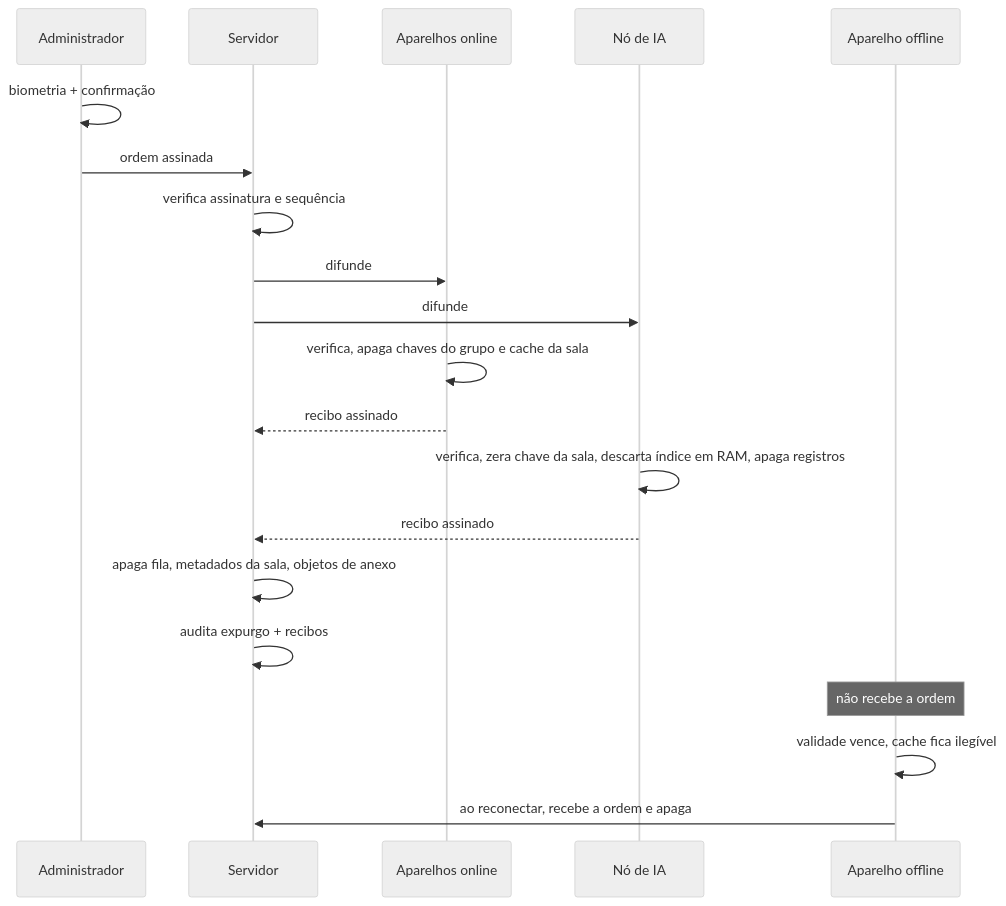
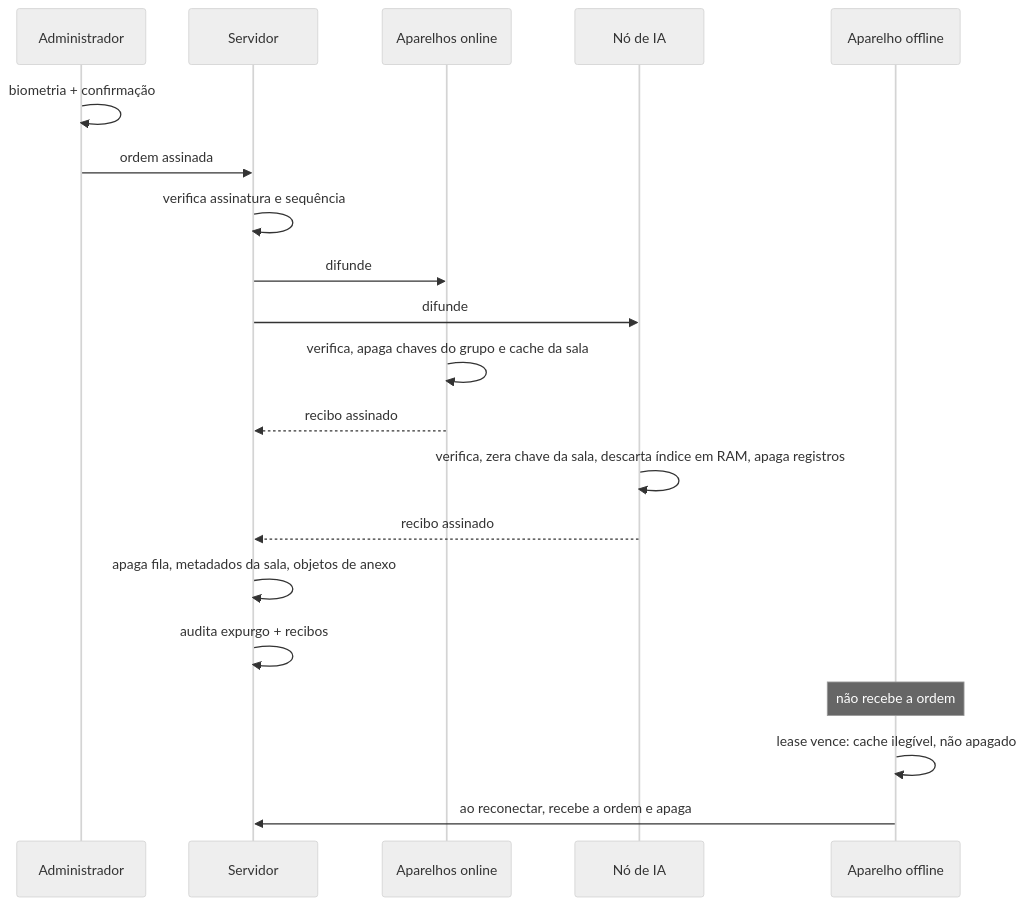
Before and after one commit to igorrafae/MIGDOL: the fourth of 4 diagrams in docs/02-arquitetura-engenharia.md, drawn with Mermaid (neutral theme). The commit also changed other lines of this file and 34 other files, not shown here.

````diff
--- a/docs/02-arquitetura-engenharia.md
+++ b/docs/02-arquitetura-engenharia.md
@@ -238,23 +286,23 @@
 ```mermaid
 sequenceDiagram
   participant ADM as Administrador
   participant S as Servidor
   participant C as Aparelhos online
   participant IA as Nó de IA
   participant O as Aparelho offline
 
   ADM->>ADM: biometria + confirmação
   ADM->>S: ordem assinada
   S->>S: verifica assinatura e sequência
   S->>C: difunde
   S->>IA: difunde
   C->>C: verifica, apaga chaves do grupo e cache da sala
   C-->>S: recibo assinado
   IA->>IA: verifica, zera chave da sala, descarta índice em RAM, apaga registros
   IA-->>S: recibo assinado
   S->>S: apaga fila, metadados da sala, objetos de anexo
   S->>S: audita expurgo + recibos
   Note over O: não recebe a ordem
-  O->>O: validade vence, cache fica ilegível
+  O->>O: lease vence: cache ilegível, não apagado
   O->>S: ao reconectar, recebe a ordem e apaga
 ```
````
